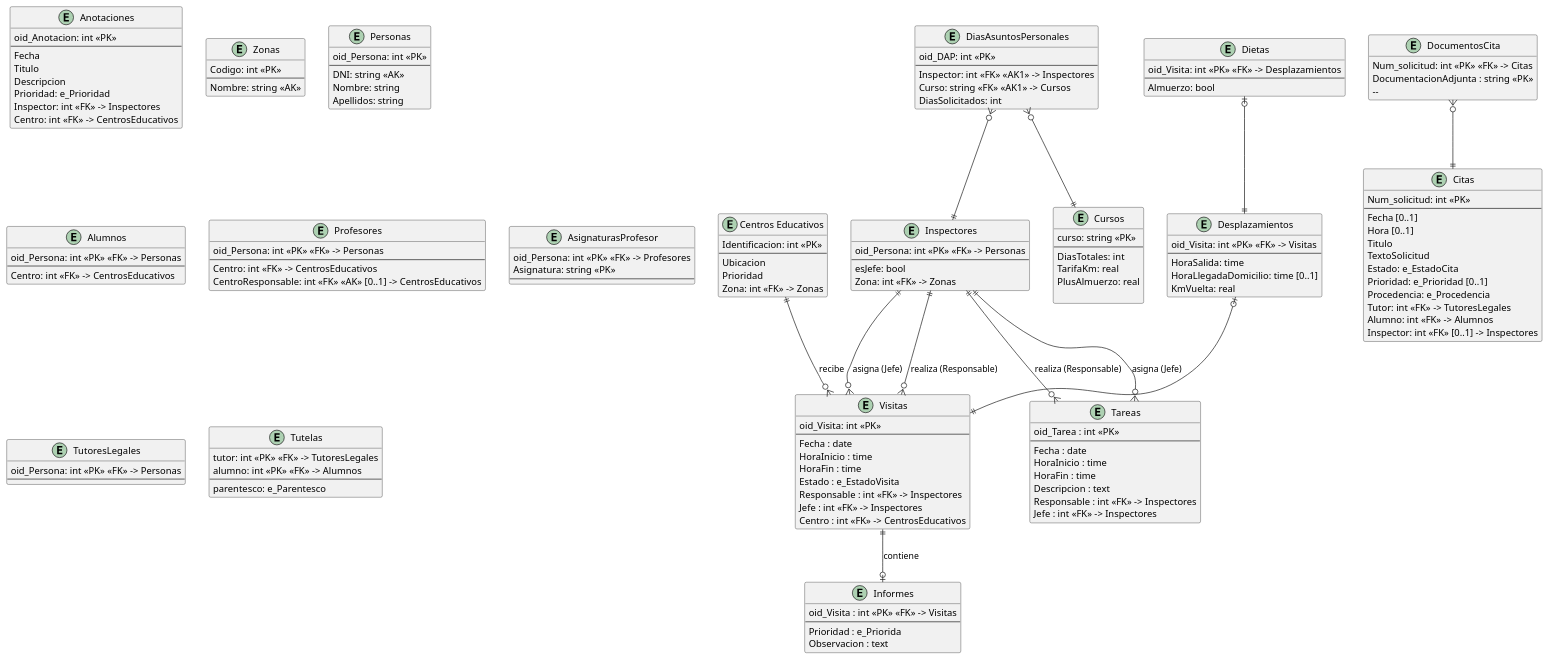
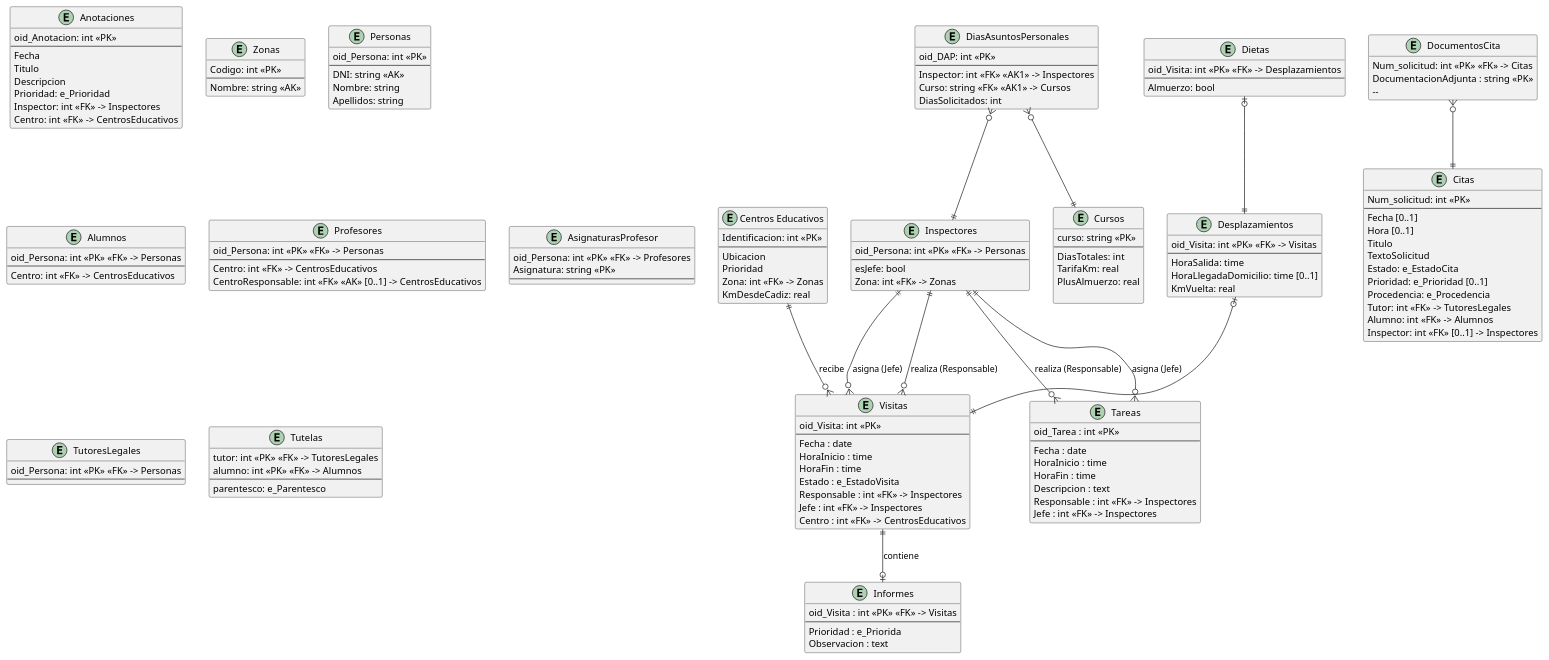
One commit to lorenzomaranon/ProyectoBD_Inspeccion_Educativa changed the diagram in modelado/modelado_relacional.puml. Above: the diagram before and after it, drawn with PlantUML.

Commit message:
añade KmDesdeCadiz a CentrosEducativos

```diff
--- a/modelado/modelado_relacional.puml
+++ b/modelado/modelado_relacional.puml
@@ -1,175 +1,176 @@
 @startuml modelado_relacional
 hide methods
 skinparam ClassAttributeIconSize 0
 
 
 entity "Centros Educativos" as CentrosEducativos {
     Identificacion: int <<PK>>
     --
     Ubicacion
     Prioridad
     Zona: int <<FK>> -> Zonas
+    KmDesdeCadiz: real
 }
 
 entity DocumentosCita {
     Num_solicitud: int <<PK>> <<FK>> -> Citas
     DocumentacionAdjunta : string <<PK>>
     --   
 }
 
 entity Citas {
     Num_solicitud: int <<PK>> 
     --
     Fecha [0..1]
     Hora [0..1]
     Titulo
     TextoSolicitud
     Estado: e_EstadoCita
     Prioridad: e_Prioridad [0..1]
     Procedencia: e_Procedencia
     Tutor: int <<FK>> -> TutoresLegales
     Alumno: int <<FK>> -> Alumnos
     Inspector: int <<FK>> [0..1] -> Inspectores
 }
 
 entity Anotaciones {
     oid_Anotacion: int <<PK>>
     --
     Fecha
     Titulo
     Descripcion
     Prioridad: e_Prioridad
     Inspector: int <<FK>> -> Inspectores
     Centro: int <<FK>> -> CentrosEducativos
 }
 
 entity Visitas {
     oid_Visita: int <<PK>>
     --
     Fecha : date
     HoraInicio : time
     HoraFin : time
     Estado : e_EstadoVisita
     Responsable : int <<FK>> -> Inspectores
     Jefe : int <<FK>> -> Inspectores
     Centro : int <<FK>> -> CentrosEducativos
 }
 
 entity Informes {
     oid_Visita : int <<PK>> <<FK>> -> Visitas
     --
     Prioridad : e_Priorida
     Observacion : text
 }
 
 entity Tareas {
     oid_Tarea : int <<PK>>
     --
     Fecha : date
     HoraInicio : time
     HoraFin : time
     Descripcion : text
     Responsable : int <<FK>> -> Inspectores
     Jefe : int <<FK>> -> Inspectores
 }
 
 entity Zonas {
     Codigo: int <<PK>>
     --
     Nombre: string <<AK>>
 }
 
 entity Personas {
     oid_Persona: int <<PK>>
     --
     DNI: string <<AK>>
     Nombre: string
     Apellidos: string
 }
 
 entity Inspectores {
     oid_Persona: int <<PK>> <<FK>> -> Personas
     --
     esJefe: bool
     Zona: int <<FK>> -> Zonas
 }
 
 entity Alumnos {
     oid_Persona: int <<PK>> <<FK>> -> Personas
     --
     Centro: int <<FK>> -> CentrosEducativos
 }
 
 entity Profesores {
     oid_Persona: int <<PK>> <<FK>> -> Personas
     --
     Centro: int <<FK>> -> CentrosEducativos
     CentroResponsable: int <<FK>> <<AK>> [0..1] -> CentrosEducativos
 }
 
 entity AsignaturasProfesor {
     oid_Persona: int <<PK>> <<FK>> -> Profesores
     Asignatura: string <<PK>>
     --
 }
 
 entity TutoresLegales {
     oid_Persona: int <<PK>> <<FK>> -> Personas
     --
 }
 
 entity Tutelas {
     tutor: int <<PK>> <<FK>> -> TutoresLegales
     alumno: int <<PK>> <<FK>> -> Alumnos
     --
     parentesco: e_Parentesco
 }
 
 Inspectores ||--o{ Visitas : realiza (Responsable)
 Inspectores ||--o{ Visitas : asigna (Jefe)
 Inspectores ||--o{ Tareas : realiza (Responsable)
 Inspectores ||--o{ Tareas : asigna (Jefe)
 CentrosEducativos ||--o{ Visitas : recibe
 Visitas ||--o| Informes : contiene
 
 entity Desplazamientos {
     oid_Visita: int <<PK>> <<FK>> -> Visitas
     --
     HoraSalida: time
     HoraLlegadaDomicilio: time [0..1]
     KmVuelta: real
 }
 
 entity Dietas {
     oid_Visita: int <<PK>> <<FK>> -> Desplazamientos
     --
     Almuerzo: bool
 }
 
 Desplazamientos |o--||Visitas
 Dietas |o--||Desplazamientos
 
 entity DiasAsuntosPersonales {
     oid_DAP: int <<PK>>
     --
     Inspector: int <<FK>> <<AK1>> -> Inspectores
     Curso: string <<FK>> <<AK1>> -> Cursos
     DiasSolicitados: int
 }
 
 entity Cursos {
     curso: string <<PK>>
     --
     DiasTotales: int
     TarifaKm: real
     PlusAlmuerzo: real
 
 }
 
 DiasAsuntosPersonales }o--||Cursos
 DiasAsuntosPersonales }o--||Inspectores
 
 '------- ASOCIACIONES --------------------------------------
 DocumentosCita }o--|| Citas
 
 @enduml
```
